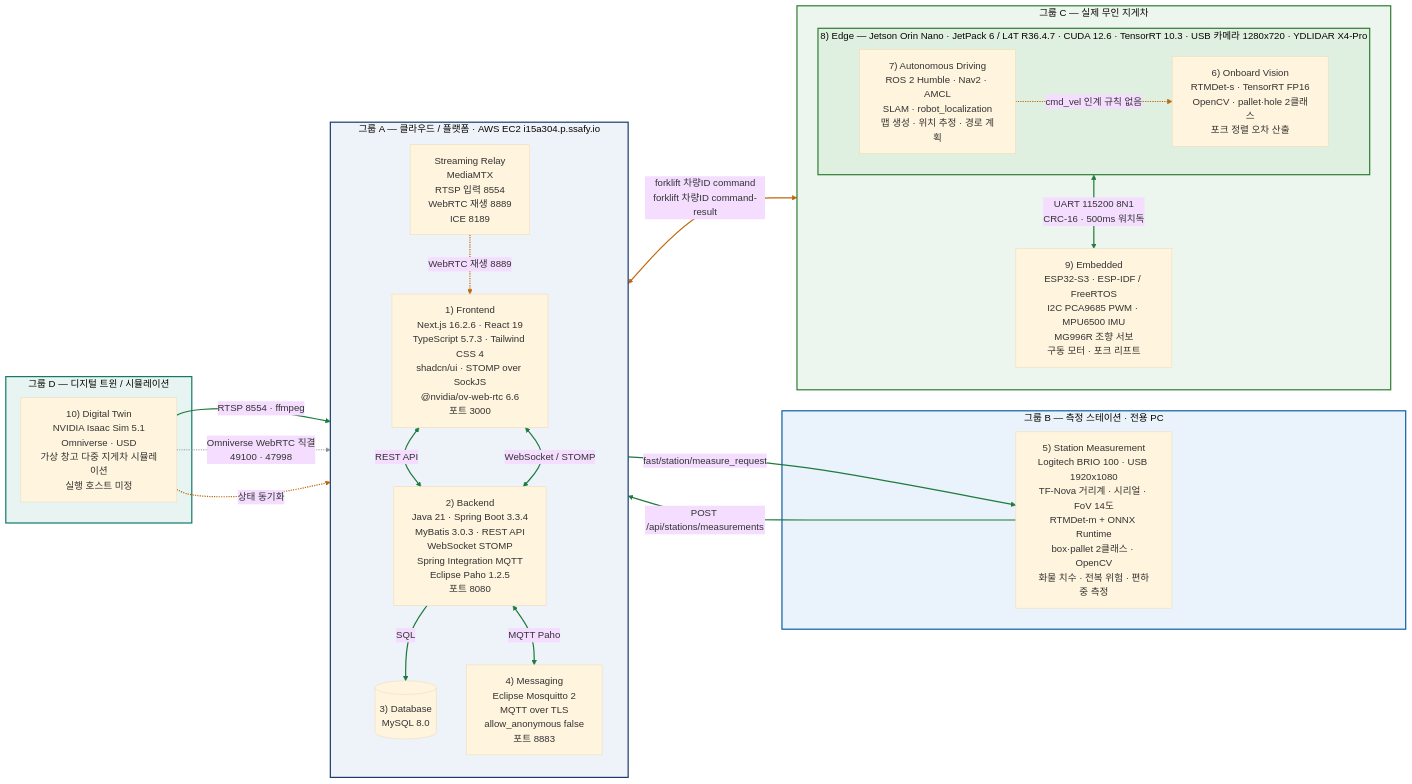
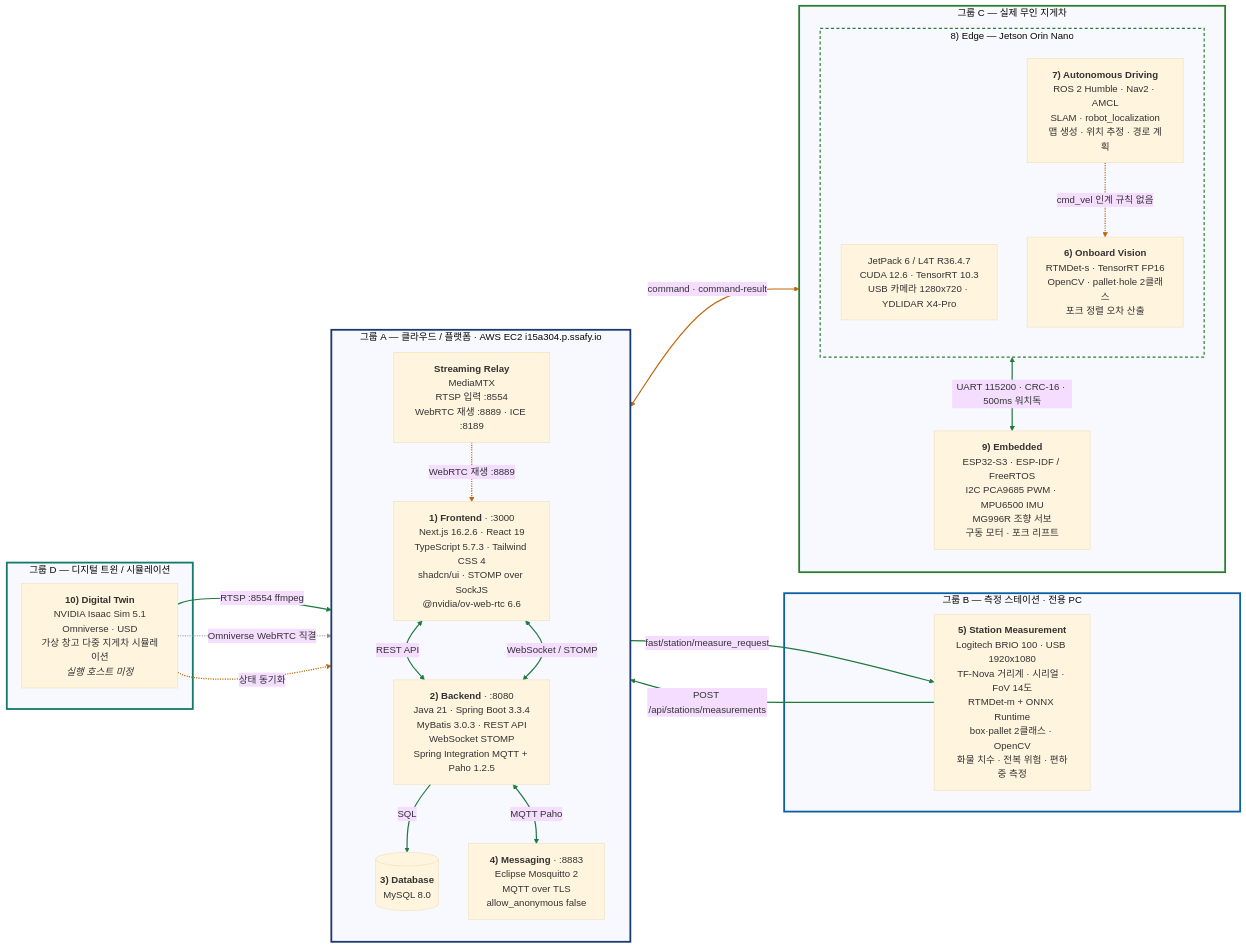
One commit to bjs0306b/fast-autonomous-forklift changed the diagram in docs/아키텍처-다이어그램.md. Above: the diagram before and after it, drawn with Mermaid (base theme).

Commit message:
fix(docs): 다이어그램 줄바꿈과 테마 대비를 고친다
GitHub 은 mermaid 를 htmlLabels 없이 렌더해서 br 태그가 통째로 사라졌다. 그래서 1) FrontendNext.js 16.2.6 처럼 줄이 붙어버렸다. 백틱 마크다운 문자열로 바꿔 줄바꿈이 살아나게 했다. 그룹 배경을 밝은 색으로 칠해뒀더니 GitHub 다크 테마에서 어두운 노드와 부딪혔다. 배경을 빼고 테두리 색만 남겨 두 테마 모두에서 읽히게 했다. Jetson 제원이 subgraph 제목에 들어가 가로로 길게 늘어나던 것을 안쪽 노드로 옮겼다.

````diff
--- a/docs/아키텍처-다이어그램.md
+++ b/docs/아키텍처-다이어그램.md
@@ -6,29 +6,66 @@
 flowchart LR
   subgraph GA["그룹 A — 클라우드 / 플랫폼 · AWS EC2 i15a304.p.ssafy.io"]
     direction TB
-    F1["1) Frontend<br/>Next.js 16.2.6 · React 19<br/>TypeScript 5.7.3 · Tailwind CSS 4<br/>shadcn/ui · STOMP over SockJS<br/>@nvidia/ov-web-rtc 6.6<br/>포트 3000"]
-    B2["2) Backend<br/>Java 21 · Spring Boot 3.3.4<br/>MyBatis 3.0.3 · REST API<br/>WebSocket STOMP<br/>Spring Integration MQTT<br/>Eclipse Paho 1.2.5<br/>포트 8080"]
-    D3[("3) Database<br/>MySQL 8.0")]
-    M4["4) Messaging<br/>Eclipse Mosquitto 2<br/>MQTT over TLS<br/>allow_anonymous false<br/>포트 8883"]
-    SR["Streaming Relay<br/>MediaMTX<br/>RTSP 입력 8554<br/>WebRTC 재생 8889<br/>ICE 8189"]
+    F1["`**1) Frontend** · :3000
+    Next.js 16.2.6 · React 19
+    TypeScript 5.7.3 · Tailwind CSS 4
+    shadcn/ui · STOMP over SockJS
+    @nvidia/ov-web-rtc 6.6`"]
+    B2["`**2) Backend** · :8080
+    Java 21 · Spring Boot 3.3.4
+    MyBatis 3.0.3 · REST API
+    WebSocket STOMP
+    Spring Integration MQTT + Paho 1.2.5`"]
+    D3[("`**3) Database**
+    MySQL 8.0`")]
+    M4["`**4) Messaging** · :8883
+    Eclipse Mosquitto 2
+    MQTT over TLS
+    allow_anonymous false`"]
+    SR["`**Streaming Relay**
+    MediaMTX
+    RTSP 입력 :8554
+    WebRTC 재생 :8889 · ICE :8189`"]
   end
 
   subgraph GB["그룹 B — 측정 스테이션 · 전용 PC"]
-    S5["5) Station Measurement<br/>Logitech BRIO 100 · USB 1920x1080<br/>TF-Nova 거리계 · 시리얼 · FoV 14도<br/>RTMDet-m + ONNX Runtime<br/>box·pallet 2클래스 · OpenCV<br/>화물 치수 · 전복 위험 · 편하중 측정"]
+    S5["`**5) Station Measurement**
+    Logitech BRIO 100 · USB 1920x1080
+    TF-Nova 거리계 · 시리얼 · FoV 14도
+    RTMDet-m + ONNX Runtime
+    box·pallet 2클래스 · OpenCV
+    화물 치수 · 전복 위험 · 편하중 측정`"]
   end
 
   subgraph GC["그룹 C — 실제 무인 지게차"]
     direction TB
-    subgraph E8["8) Edge — Jetson Orin Nano · JetPack 6 / L4T R36.4.7 · CUDA 12.6 · TensorRT 10.3 · USB 카메라 1280x720 · YDLIDAR X4-Pro"]
-      direction LR
-      V6["6) Onboard Vision<br/>RTMDet-s · TensorRT FP16<br/>OpenCV · pallet·hole 2클래스<br/>포크 정렬 오차 산출"]
-      N7["7) Autonomous Driving<br/>ROS 2 Humble · Nav2 · AMCL<br/>SLAM · robot_localization<br/>맵 생성 · 위치 추정 · 경로 계획"]
+    subgraph E8["8) Edge — Jetson Orin Nano"]
+      direction TB
+      J8["`JetPack 6 / L4T R36.4.7
+      CUDA 12.6 · TensorRT 10.3
+      USB 카메라 1280x720 · YDLIDAR X4-Pro`"]
+      V6["`**6) Onboard Vision**
+      RTMDet-s · TensorRT FP16
+      OpenCV · pallet·hole 2클래스
+      포크 정렬 오차 산출`"]
+      N7["`**7) Autonomous Driving**
+      ROS 2 Humble · Nav2 · AMCL
+      SLAM · robot_localization
+      맵 생성 · 위치 추정 · 경로 계획`"]
     end
-    EM9["9) Embedded<br/>ESP32-S3 · ESP-IDF / FreeRTOS<br/>I2C PCA9685 PWM · MPU6500 IMU<br/>MG996R 조향 서보<br/>구동 모터 · 포크 리프트"]
+    EM9["`**9) Embedded**
+    ESP32-S3 · ESP-IDF / FreeRTOS
+    I2C PCA9685 PWM · MPU6500 IMU
+    MG996R 조향 서보
+    구동 모터 · 포크 리프트`"]
   end
 
   subgraph GD["그룹 D — 디지털 트윈 / 시뮬레이션"]
-    T10["10) Digital Twin<br/>NVIDIA Isaac Sim 5.1<br/>Omniverse · USD<br/>가상 창고 다중 지게차 시뮬레이션<br/>실행 호스트 미정"]
+    T10["`**10) Digital Twin**
+    NVIDIA Isaac Sim 5.1
+    Omniverse · USD
+    가상 창고 다중 지게차 시뮬레이션
+    _실행 호스트 미정_`"]
   end
 
   F1 <--> |"REST API"| B2
@@ -37,11 +74,11 @@
   B2 <--> |"MQTT Paho"| M4
   M4 --> |"fast/station/measure_request"| S5
   S5 --> |"POST /api/stations/measurements"| B2
-  M4 <--> |"forklift 차량ID command<br/>forklift 차량ID command-result"| E8
-  E8 <--> |"UART 115200 8N1<br/>CRC-16 · 500ms 워치독"| EM9
-  T10 --> |"RTSP 8554 · ffmpeg"| SR
-  SR -.-> |"WebRTC 재생 8889"| F1
-  T10 -.-> |"Omniverse WebRTC 직결<br/>49100 · 47998"| F1
+  M4 <--> |"command · command-result"| E8
+  E8 <--> |"UART 115200 · CRC-16 · 500ms 워치독"| EM9
+  T10 --> |"RTSP :8554 ffmpeg"| SR
+  SR -.-> |"WebRTC 재생 :8889"| F1
+  T10 -.-> |"Omniverse WebRTC 직결"| F1
   T10 -.-> |"상태 동기화"| M4
   N7 -.-> |"cmd_vel 인계 규칙 없음"| V6
 
@@ -49,9 +86,9 @@
   linkStyle 6,9,11,12 stroke:#C1670A,stroke-width:2px
   linkStyle 10 stroke:#8A8F98,stroke-width:1.5px
 
-  style GA fill:#EEF2F9,stroke:#1B3B6F,stroke-width:2px
-  style GB fill:#EAF3FB,stroke:#0B5FA5,stroke-width:2px
-  style GC fill:#EDF6EE,stroke:#2E7D32,stroke-width:2px
-  style E8 fill:#DFF0E1,stroke:#2E7D32,stroke-width:2px
-  style GD fill:#E7F4F2,stroke:#12796B,stroke-width:2px
+  style GA stroke:#1B3B6F,stroke-width:3px
+  style GB stroke:#0B5FA5,stroke-width:3px
+  style GC stroke:#2E7D32,stroke-width:3px
+  style E8 stroke:#2E7D32,stroke-width:2px,stroke-dasharray: 5 4
+  style GD stroke:#12796B,stroke-width:3px
 ```
````
